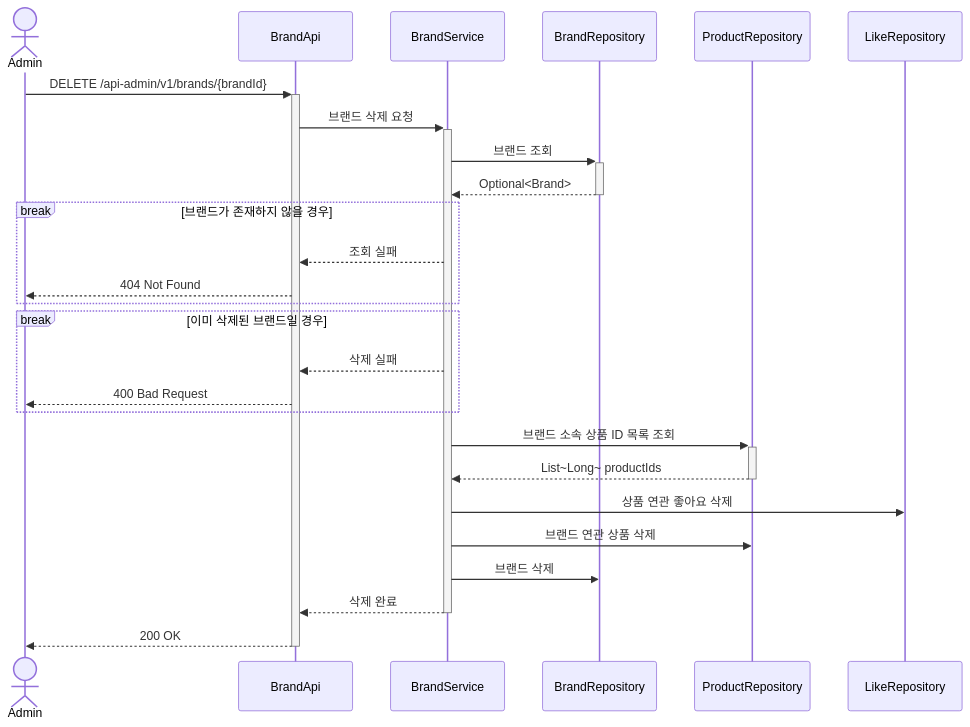
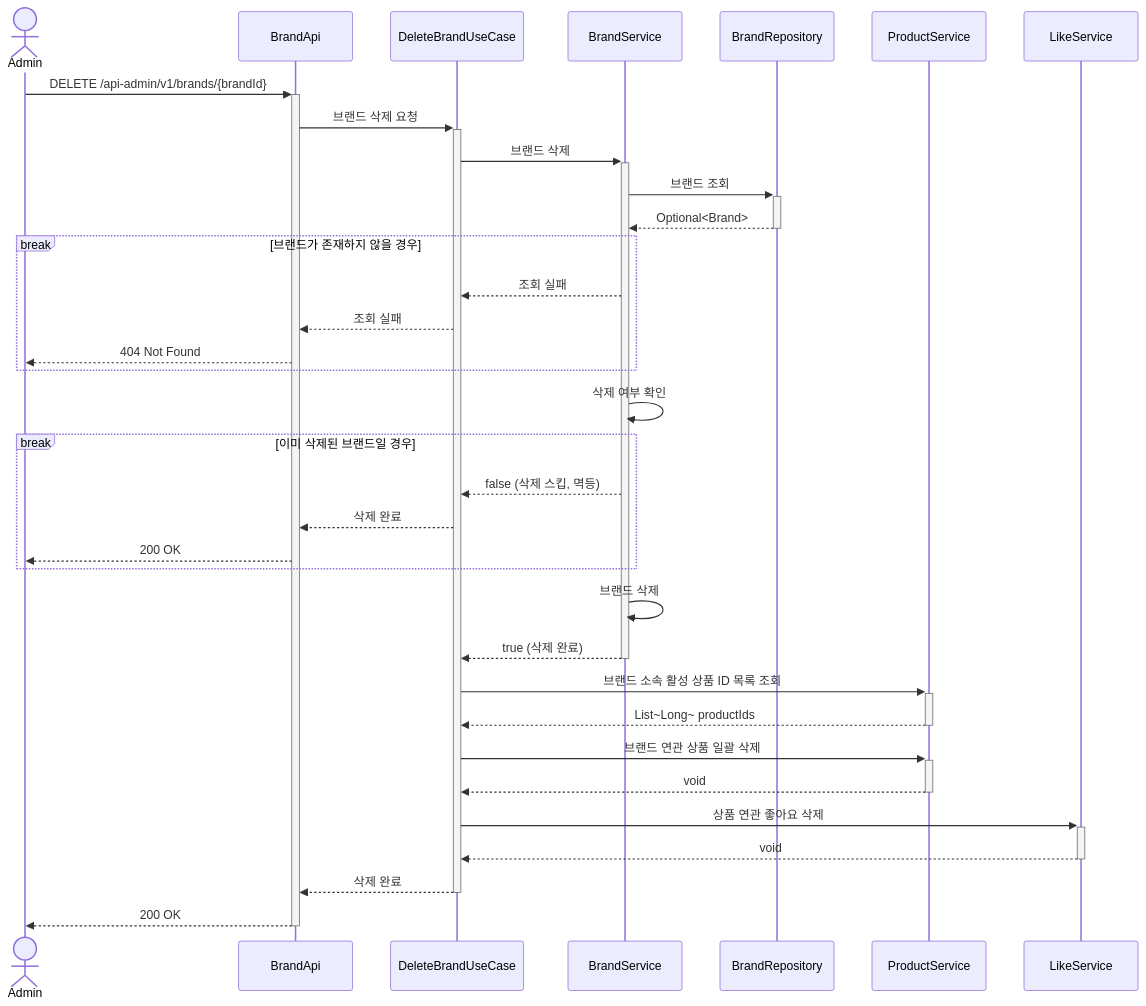
The seventh of 23 diagrams in .docs/design/02-sequence-diagrams.md (Loopers-dev-lab/loop-pack-be-l2-vol3-java), drawn with Mermaid before and after one commit. The commit also changed other lines of this file and 143 other files, not shown here.

````diff
--- a/.docs/design/02-sequence-diagrams.md
+++ b/.docs/design/02-sequence-diagrams.md
@@ -240,33 +254,43 @@
 ```mermaid
 sequenceDiagram
     actor Admin
     participant BrandApi
+    participant DeleteBrandUseCase
     participant BrandService
     participant BrandRepository
-    participant ProductRepository
-    participant LikeRepository
+    participant ProductService
+    participant LikeService
 
     Admin ->>+ BrandApi: DELETE /api-admin/v1/brands/{brandId}
-    BrandApi ->>+ BrandService: 브랜드 삭제 요청
+    BrandApi ->>+ DeleteBrandUseCase: 브랜드 삭제 요청
 
+    DeleteBrandUseCase ->>+ BrandService: 브랜드 삭제
     BrandService ->>+ BrandRepository: 브랜드 조회
     BrandRepository -->>- BrandService: Optional<Brand>
 
     break 브랜드가 존재하지 않을 경우
-        BrandService -->> BrandApi: 조회 실패
+        BrandService -->> DeleteBrandUseCase: 조회 실패
+        DeleteBrandUseCase -->> BrandApi: 조회 실패
         BrandApi -->> Admin: 404 Not Found
     end
 
+    BrandService ->> BrandService: 삭제 여부 확인
+
     break 이미 삭제된 브랜드일 경우
-        BrandService -->> BrandApi: 삭제 실패
-        BrandApi -->> Admin: 400 Bad Request
+        BrandService -->> DeleteBrandUseCase: false (삭제 스킵, 멱등)
+        DeleteBrandUseCase -->> BrandApi: 삭제 완료
+        BrandApi -->> Admin: 200 OK
     end
 
-    BrandService ->>+ ProductRepository: 브랜드 소속 상품 ID 목록 조회
-    ProductRepository -->>- BrandService: List~Long~ productIds
-    BrandService ->> LikeRepository: 상품 연관 좋아요 삭제
-    BrandService ->> ProductRepository: 브랜드 연관 상품 삭제
-    BrandService ->> BrandRepository: 브랜드 삭제
-    BrandService -->>- BrandApi: 삭제 완료
+    BrandService ->> BrandService: 브랜드 삭제
+    BrandService -->>- DeleteBrandUseCase: true (삭제 완료)
+
+    DeleteBrandUseCase ->>+ ProductService: 브랜드 소속 활성 상품 ID 목록 조회
+    ProductService -->>- DeleteBrandUseCase: List~Long~ productIds
+    DeleteBrandUseCase ->>+ ProductService: 브랜드 연관 상품 일괄 삭제
+    ProductService -->>- DeleteBrandUseCase: void
+    DeleteBrandUseCase ->>+ LikeService: 상품 연관 좋아요 삭제
+    LikeService -->>- DeleteBrandUseCase: void
+    DeleteBrandUseCase -->>- BrandApi: 삭제 완료
     BrandApi -->>- Admin: 200 OK
 ```
````
